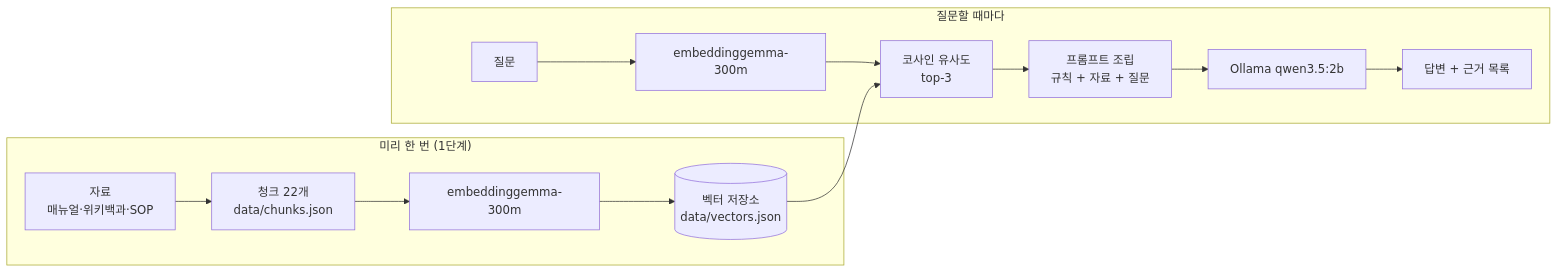
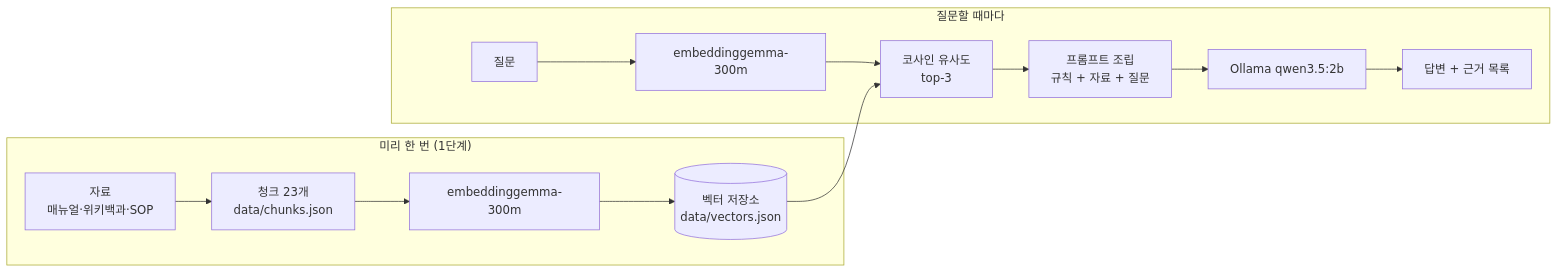
Before and after one commit to borigunbbang/protools-rag: the diagram in README.md, drawn with Mermaid. The commit also changed other lines of this file and 4 other files, not shown here.

````diff
--- a/README.md
+++ b/README.md
@@ -19,16 +19,16 @@
 ```mermaid
 flowchart LR
     subgraph 준비["미리 한 번 (1단계)"]
-        D["자료<br/>매뉴얼·위키백과·SOP"] --> C["청크 22개<br/>data/chunks.json"]
+        D["자료<br/>매뉴얼·위키백과·SOP"] --> C["청크 23개<br/>data/chunks.json"]
         C --> E1["embeddinggemma-300m"]
         E1 --> V[("벡터 저장소<br/>data/vectors.json")]
     end
     subgraph 질문할때["질문할 때마다"]
         Q["질문"] --> E2["embeddinggemma-300m"]
         E2 --> S["코사인 유사도<br/>top-3"]
         V --> S
         S --> P["프롬프트 조립<br/>규칙 + 자료 + 질문"]
         P --> L["Ollama qwen3.5:2b"]
         L --> A["답변 + 근거 목록"]
     end
 ```
````
